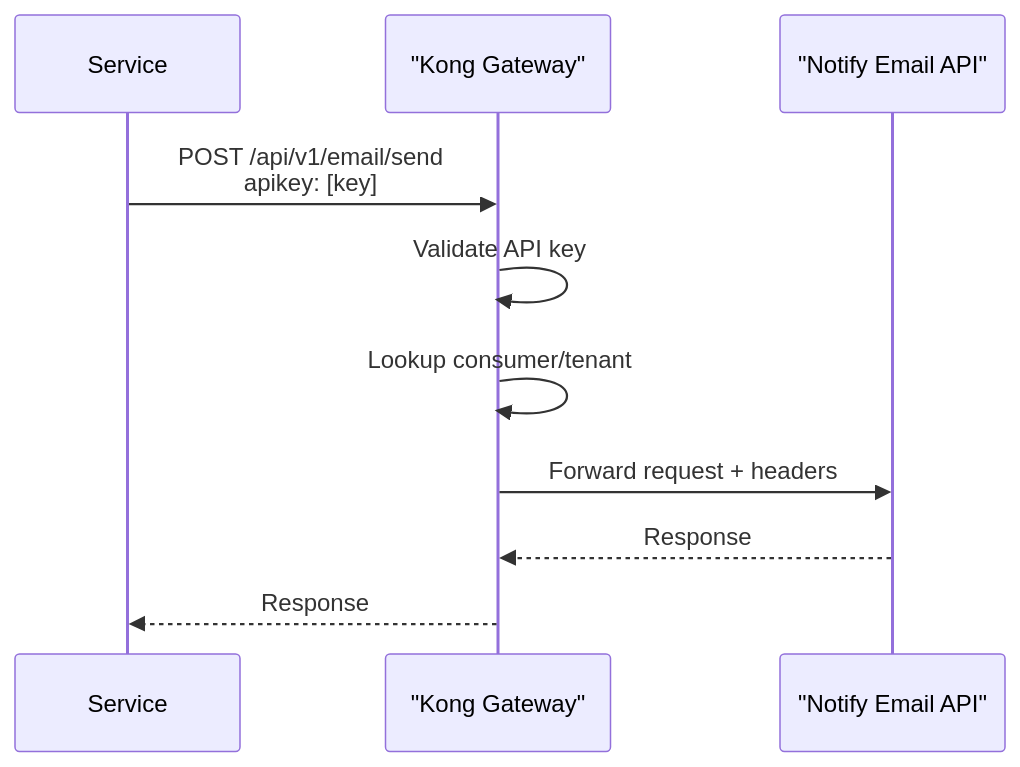
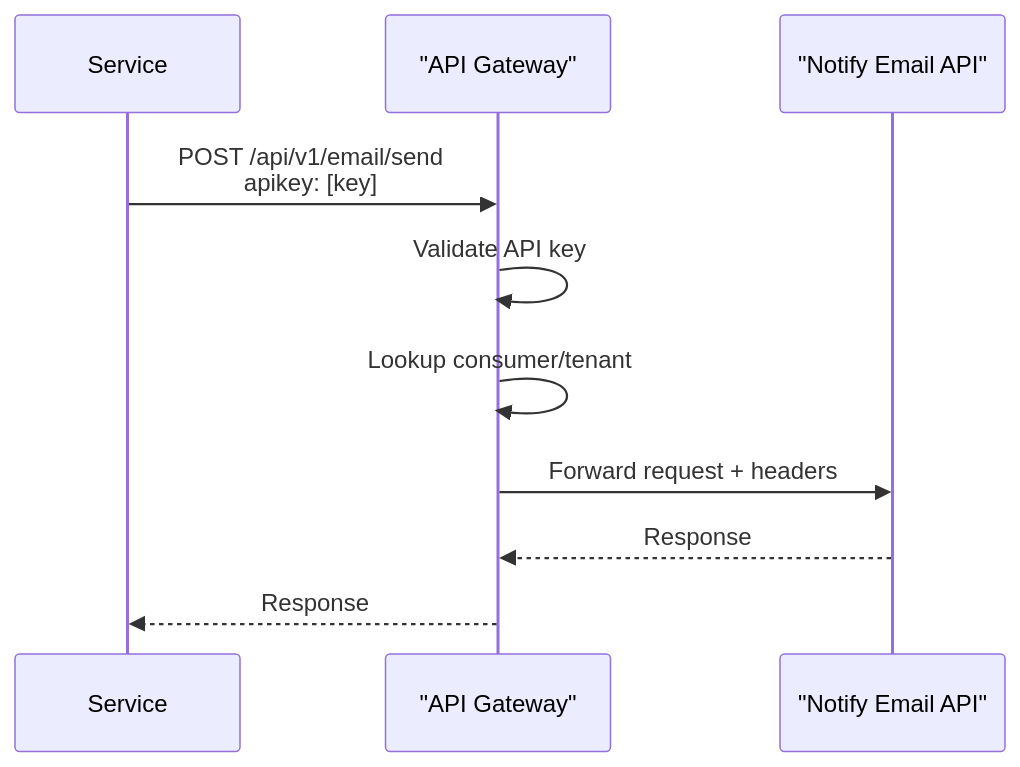
The third of 5 diagrams in notify_api_gateway_architecture_v3.md (bcgov/common-notify), drawn with Mermaid before and after one commit. The commit also changed other lines of this file and 3 other files, not shown here.

````diff
--- a/notify_api_gateway_architecture_v3.md
+++ b/notify_api_gateway_architecture_v3.md
@@ -132,13 +132,13 @@
 ```mermaid
 sequenceDiagram
     participant Service
-    participant Kong as "Kong Gateway"
+    participant Gateway as "API Gateway"
     participant API as "Notify Email API"
 
-    Service->>Kong: POST /api/v1/email/send<br/>apikey: [key]
-    Kong->>Kong: Validate API key
-    Kong->>Kong: Lookup consumer/tenant
-    Kong->>API: Forward request + headers
-    API-->>Kong: Response
-    Kong-->>Service: Response
+    Service->>Gateway: POST /api/v1/email/send<br/>apikey: [key]
+    Gateway->>Gateway: Validate API key
+    Gateway->>Gateway: Lookup consumer/tenant
+    Gateway->>API: Forward request + headers
+    API-->>Gateway: Response
+    Gateway-->>Service: Response
 ```
````
